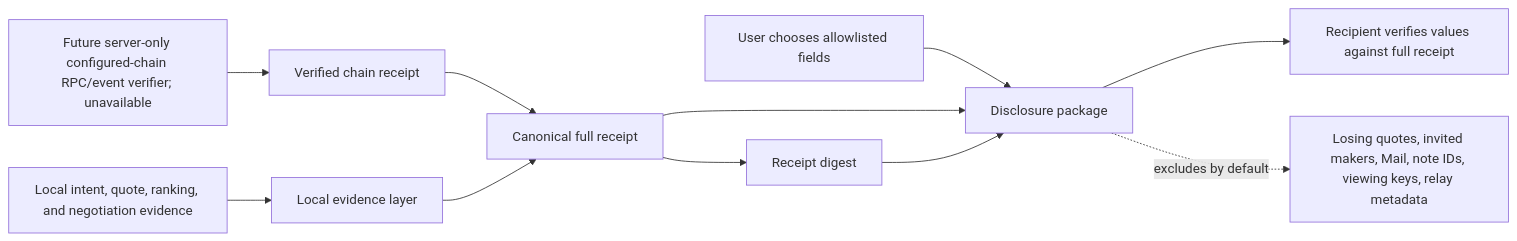
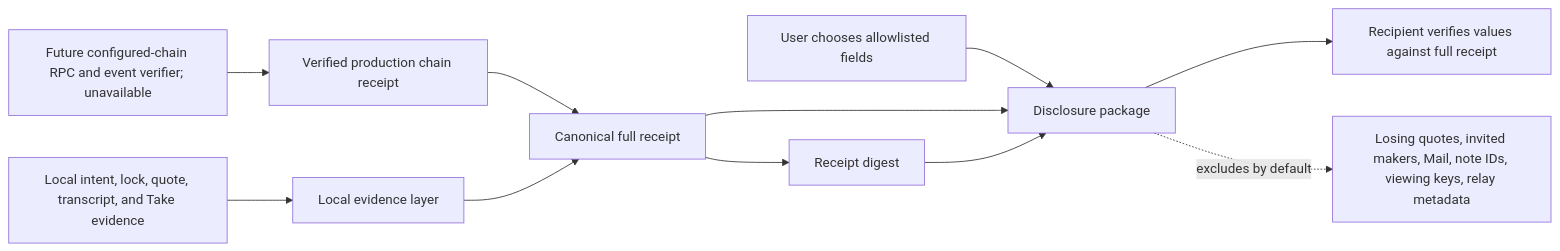
One commit to gstohl/app20 changed the sixth of 10 diagrams in docs/APP20_PROCESS_DIAGRAMS.md. Above: the diagram before and after it, drawn with Mermaid. The commit also changed other lines of this file and 80 other files, not shown here.

````diff
--- a/docs/APP20_PROCESS_DIAGRAMS.md
+++ b/docs/APP20_PROCESS_DIAGRAMS.md
@@ -154,16 +158,16 @@
 ```mermaid
 flowchart LR
-    CE[Future server-only configured-chain RPC/event verifier; unavailable] --> VR[Verified chain receipt]
-    LE[Local intent, quote, ranking, and negotiation evidence] --> LR[Local evidence layer]
+    CE[Future configured-chain RPC and event verifier; unavailable] --> VR[Verified production chain receipt]
+    LE[Local intent, lock, quote, transcript, and Take evidence] --> LR[Local evidence layer]
 
     VR --> FR[Canonical full receipt]
     LR --> FR
     FR --> DG[Receipt digest]
 
     U[User chooses allowlisted fields] --> DP[Disclosure package]
     FR --> DP
     DG --> DP
     DP --> V[Recipient verifies values against full receipt]
 
     DP -. excludes by default .-> X[Losing quotes, invited makers, Mail, note IDs, viewing keys, relay metadata]
 ```
````
